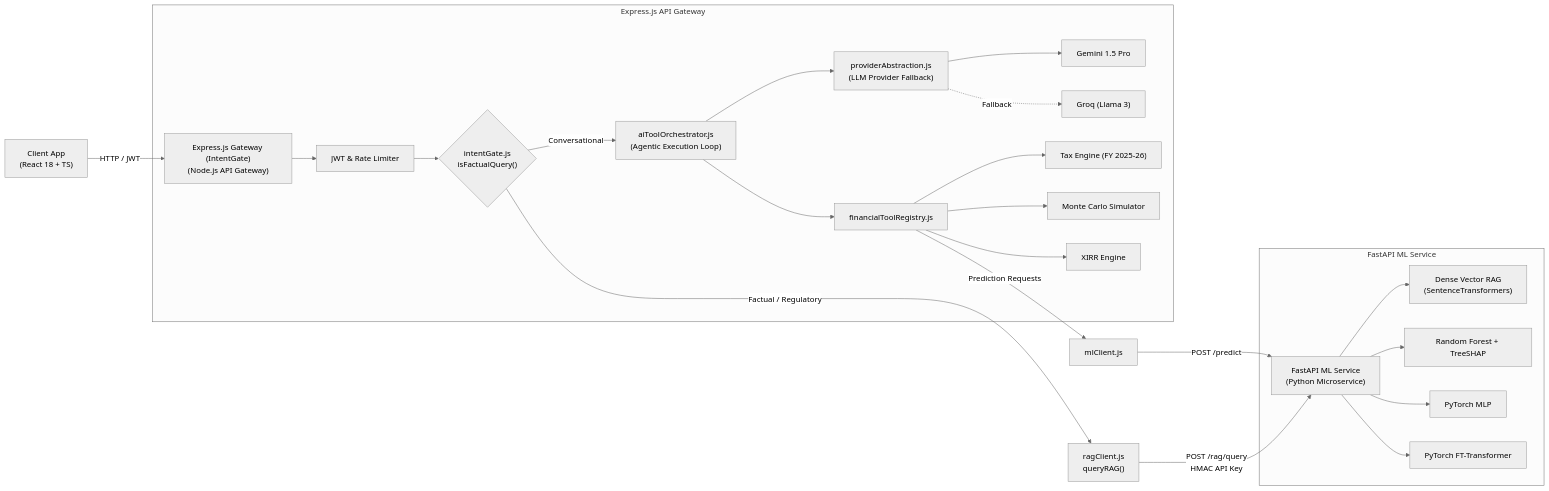
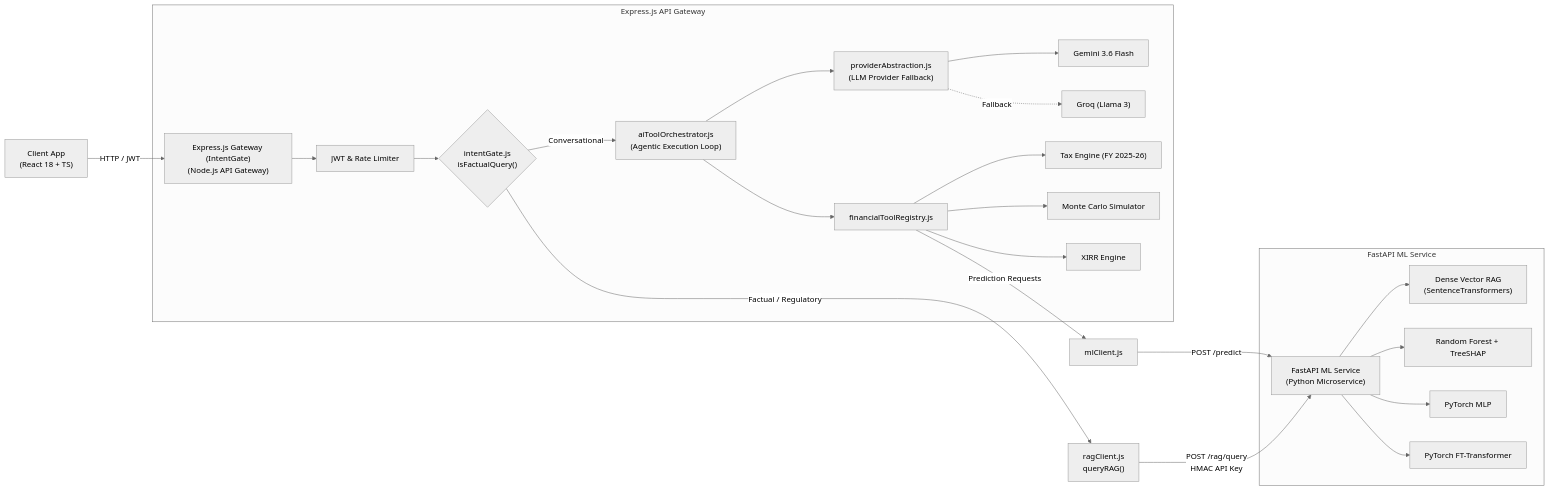
The diagram in README.md (yashaskn8/WealthGenie-AI-Powered-Financial-Advisory-Platform), drawn with Mermaid (neutral theme) before and after one commit. The commit also changed other lines of this file, not shown here.

Commit message:
docs: update Gemini model reference to Gemini 3.6 Flash in README

````diff
--- a/README.md
+++ b/README.md
@@ -131,31 +131,31 @@
 ```mermaid
 graph LR
     User["Client App<br/>(React 18 + TS)"] -->|HTTP / JWT| Express["Express.js Gateway (IntentGate)<br/>(Node.js API Gateway)"]
     
     subgraph ExpressGateway ["Express.js API Gateway"]
         Express --> AuthMW["JWT & Rate Limiter"]
         AuthMW --> IntentGate{"intentGate.js<br/>isFactualQuery()"}
         
         IntentGate -->|Conversational| AgentOrch["aiToolOrchestrator.js<br/>(Agentic Execution Loop)"]
         AgentOrch --> ProviderMgr["providerAbstraction.js<br/>(LLM Provider Fallback)"]
-        ProviderMgr --> Gemini["Gemini 1.5 Pro"]
+        ProviderMgr --> Gemini["Gemini 3.6 Flash"]
         ProviderMgr -.->|Fallback| Groq["Groq (Llama 3)"]
         
         AgentOrch --> ToolReg["financialToolRegistry.js"]
         ToolReg --> TaxEngine["Tax Engine (FY 2025-26)"]
         ToolReg --> MonteCarlo["Monte Carlo Simulator"]
         ToolReg --> XIRR["XIRR Engine"]
     end
     
     IntentGate -->|Factual / Regulatory| RAGClient["ragClient.js<br/>queryRAG()"]
     RAGClient -->|POST /rag/query<br/>HMAC API Key| FastAPI["FastAPI ML Service<br/>(Python Microservice)"]
     ToolReg -->|Prediction Requests| MLClient["mlClient.js"]
     MLClient -->|POST /predict| FastAPI
     
     subgraph FastAPI_ML ["FastAPI ML Service"]
         FastAPI --> RAGSub["Dense Vector RAG<br/>(SentenceTransformers)"]
         FastAPI --> RFModel["Random Forest + TreeSHAP"]
         FastAPI --> MLPModel["PyTorch MLP"]
         FastAPI --> FTTModel["PyTorch FT-Transformer"]
     end
 ```
````
